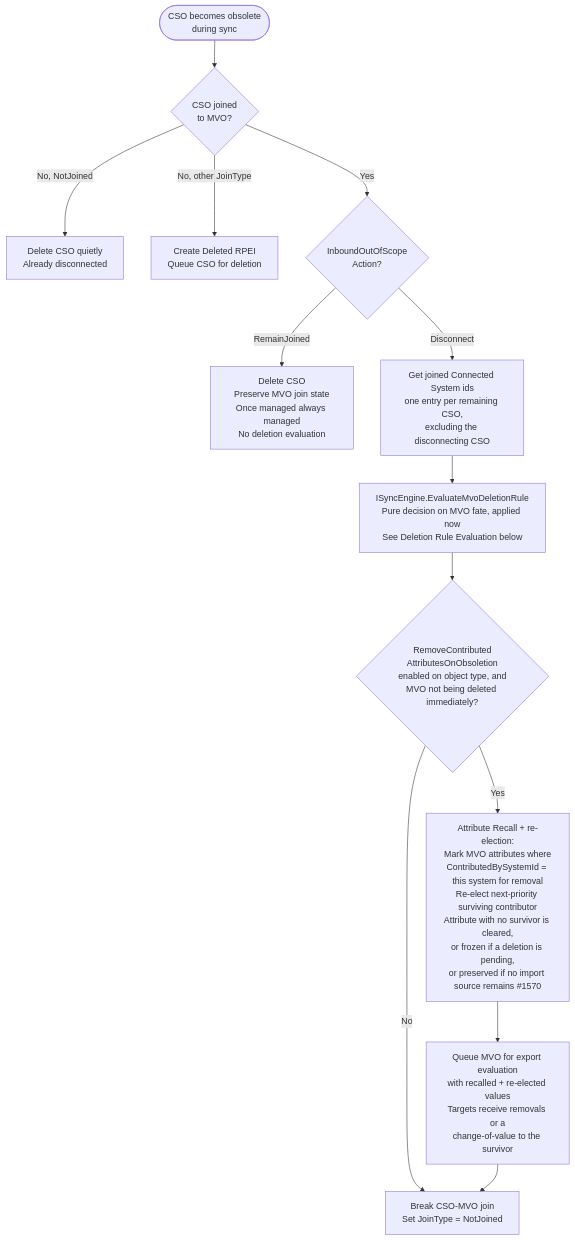
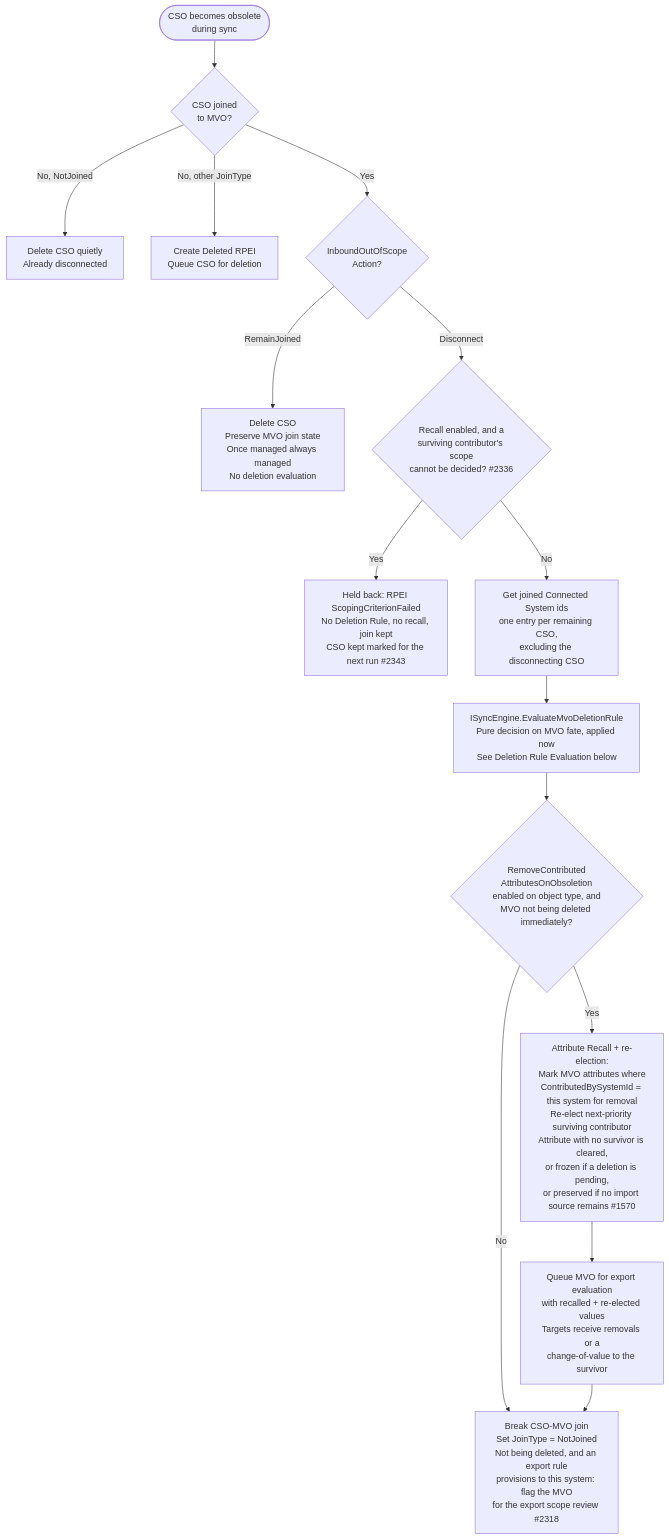
The first of 7 diagrams in engineering/developer/diagrams/MVO_DELETION_AND_GRACE_PERIOD.md (TetronIO/JIM), drawn with Mermaid before and after one commit. The commit also changed other lines of this file and 39 other files, not shown here.

````diff
--- a/engineering/developer/diagrams/MVO_DELETION_AND_GRACE_PERIOD.md
+++ b/engineering/developer/diagrams/MVO_DELETION_AND_GRACE_PERIOD.md
@@ -30,19 +30,21 @@
 ```mermaid
 flowchart TD
     Start([CSO becomes obsolete<br/>during sync]) --> Joined{CSO joined<br/>to MVO?}
 
     Joined -->|No, NotJoined| QuietDelete[Delete CSO quietly<br/>Already disconnected]
     Joined -->|No, other JoinType| DeleteWithRPEI[Create Deleted RPEI<br/>Queue CSO for deletion]
 
     Joined -->|Yes| OosAction{InboundOutOfScope<br/>Action?}
 
     OosAction -->|RemainJoined| KeepJoin[Delete CSO<br/>Preserve MVO join state<br/>Once managed always managed<br/>No deletion evaluation]
 
-    OosAction -->|Disconnect| GetRemaining[Get joined Connected System ids<br/>one entry per remaining CSO,<br/>excluding the disconnecting CSO]
+    OosAction -->|Disconnect| SurvivorScope{Recall enabled, and a<br/>surviving contributor's scope<br/>cannot be decided? #2336}
+    SurvivorScope -->|Yes| HeldBack[Held back: RPEI ScopingCriterionFailed<br/>No Deletion Rule, no recall, join kept<br/>CSO kept marked for the next run #2343]
+    SurvivorScope -->|No| GetRemaining[Get joined Connected System ids<br/>one entry per remaining CSO,<br/>excluding the disconnecting CSO]
     GetRemaining --> EvalDeletion[ISyncEngine.EvaluateMvoDeletionRule<br/>Pure decision on MVO fate, applied now<br/>See Deletion Rule Evaluation below]
     EvalDeletion --> RemoveAttrs{RemoveContributed<br/>AttributesOnObsoletion<br/>enabled on object type, and<br/>MVO not being deleted immediately?}
     RemoveAttrs -->|Yes| RecallAttrs[Attribute Recall + re-election:<br/>Mark MVO attributes where<br/>ContributedBySystemId = this system for removal<br/>Re-elect next-priority surviving contributor<br/>Attribute with no survivor is cleared,<br/>or frozen if a deletion is pending,<br/>or preserved if no import source remains #1570]
     RemoveAttrs -->|No| BreakJoin
     RecallAttrs --> QueueRecall[Queue MVO for export evaluation<br/>with recalled + re-elected values<br/>Targets receive removals or a<br/>change-of-value to the survivor]
-    QueueRecall --> BreakJoin[Break CSO-MVO join<br/>Set JoinType = NotJoined]
+    QueueRecall --> BreakJoin[Break CSO-MVO join<br/>Set JoinType = NotJoined<br/>Not being deleted, and an export rule<br/>provisions to this system: flag the MVO<br/>for the export scope review #2318]
 ```
````
